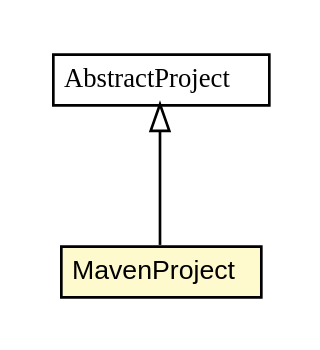
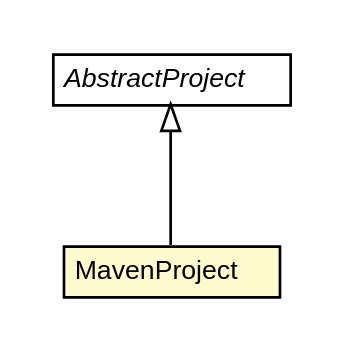
One commit to fastconnect/tibco-factory changed the diagram in snapshot/bw-maven-plugin/apidocs/fr/fastconnect/factory/tibco/bw/maven/source/MavenProjectsListMojo.MavenProject.dot. Above: the diagram before and after it, drawn with Graphviz. The commit also changed 380 other files, not shown here.

```diff
--- a/snapshot/bw-maven-plugin/apidocs/fr/fastconnect/factory/tibco/bw/maven/source/MavenProjectsListMojo.MavenProject.dot
+++ b/snapshot/bw-maven-plugin/apidocs/fr/fastconnect/factory/tibco/bw/maven/source/MavenProjectsListMojo.MavenProject.dot
@@ -1,26 +1,26 @@
 #!/usr/local/bin/dot
 #
 # Class diagram 
 # Generated by UMLGraph version R5_6-24-gf6e263 (http://www.umlgraph.org/)
 #
 
 digraph G {
-	edge [fontname="arial",fontsize=10,labelfontname="arial",labelfontsize=10];
-	node [fontname="arial",fontsize=10,shape=plaintext];
+	edge [fontname="Helvetica",fontsize=10,labelfontname="Helvetica",labelfontsize=10];
+	node [fontname="Helvetica",fontsize=10,shape=plaintext];
 	nodesep=0.25;
 	ranksep=0.5;
 	// fr.fastconnect.factory.tibco.bw.maven.source.MavenProjectsListMojo.MavenProject
-	c3360 [label=<<table title="fr.fastconnect.factory.tibco.bw.maven.source.MavenProjectsListMojo.MavenProject" border="0" cellborder="1" cellspacing="0" cellpadding="2" port="p" bgcolor="lemonChiffon" href="./MavenProjectsListMojo.MavenProject.html">
+	c3557 [label=<<table title="fr.fastconnect.factory.tibco.bw.maven.source.MavenProjectsListMojo.MavenProject" border="0" cellborder="1" cellspacing="0" cellpadding="2" port="p" bgcolor="lemonChiffon" href="./MavenProjectsListMojo.MavenProject.html">
 		<tr><td><table border="0" cellspacing="0" cellpadding="1">
 <tr><td align="center" balign="center"> MavenProject </td></tr>
 		</table></td></tr>
-		</table>>, URL="./MavenProjectsListMojo.MavenProject.html", fontname="arial", fontcolor="black", fontsize=10.0];
+		</table>>, URL="./MavenProjectsListMojo.MavenProject.html", fontname="Helvetica", fontcolor="black", fontsize=10.0];
 	// fr.fastconnect.factory.tibco.bw.maven.source.AbstractProjectsListMojo.AbstractProject
-	c3368 [label=<<table title="fr.fastconnect.factory.tibco.bw.maven.source.AbstractProjectsListMojo.AbstractProject" border="0" cellborder="1" cellspacing="0" cellpadding="2" port="p" href="./AbstractProjectsListMojo.AbstractProject.html">
+	c3563 [label=<<table title="fr.fastconnect.factory.tibco.bw.maven.source.AbstractProjectsListMojo.AbstractProject" border="0" cellborder="1" cellspacing="0" cellpadding="2" port="p" href="./AbstractProjectsListMojo.AbstractProject.html">
 		<tr><td><table border="0" cellspacing="0" cellpadding="1">
-<tr><td align="center" balign="center"><font face="arial italic"> AbstractProject </font></td></tr>
+<tr><td align="center" balign="center"><font face="Helvetica-Oblique"> AbstractProject </font></td></tr>
 		</table></td></tr>
-		</table>>, URL="./AbstractProjectsListMojo.AbstractProject.html", fontname="arial", fontcolor="black", fontsize=10.0];
+		</table>>, URL="./AbstractProjectsListMojo.AbstractProject.html", fontname="Helvetica", fontcolor="black", fontsize=10.0];
 	//fr.fastconnect.factory.tibco.bw.maven.source.MavenProjectsListMojo.MavenProject extends fr.fastconnect.factory.tibco.bw.maven.source.AbstractProjectsListMojo.AbstractProject
-	c3368:p -> c3360:p [dir=back,arrowtail=empty];
+	c3563:p -> c3557:p [dir=back,arrowtail=empty];
 }
```
